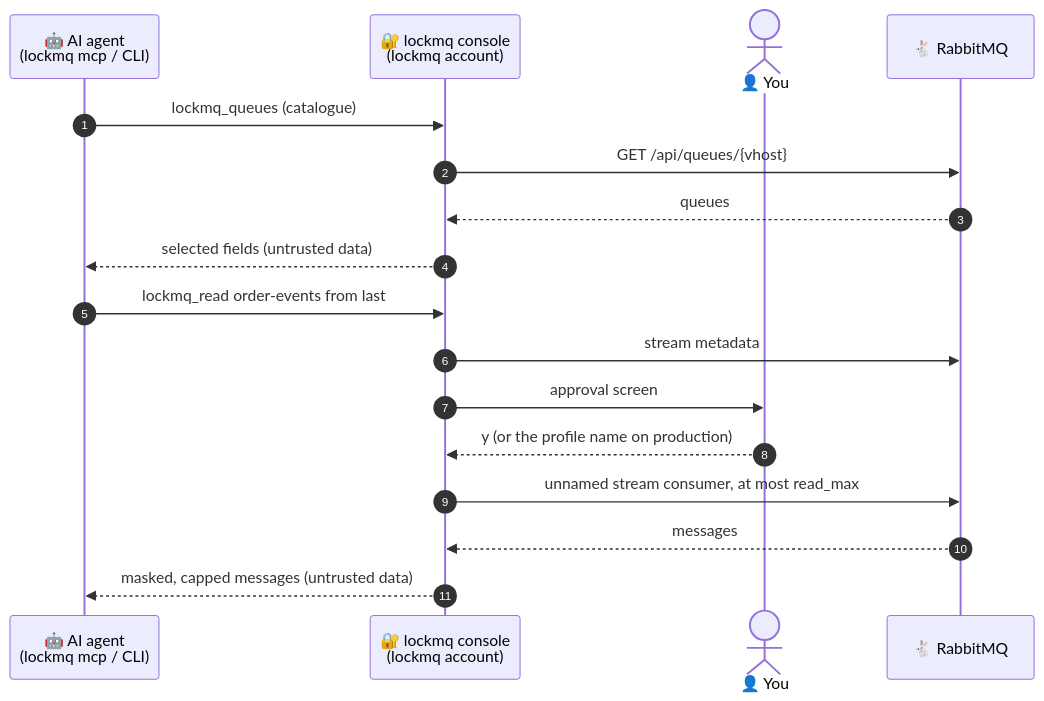
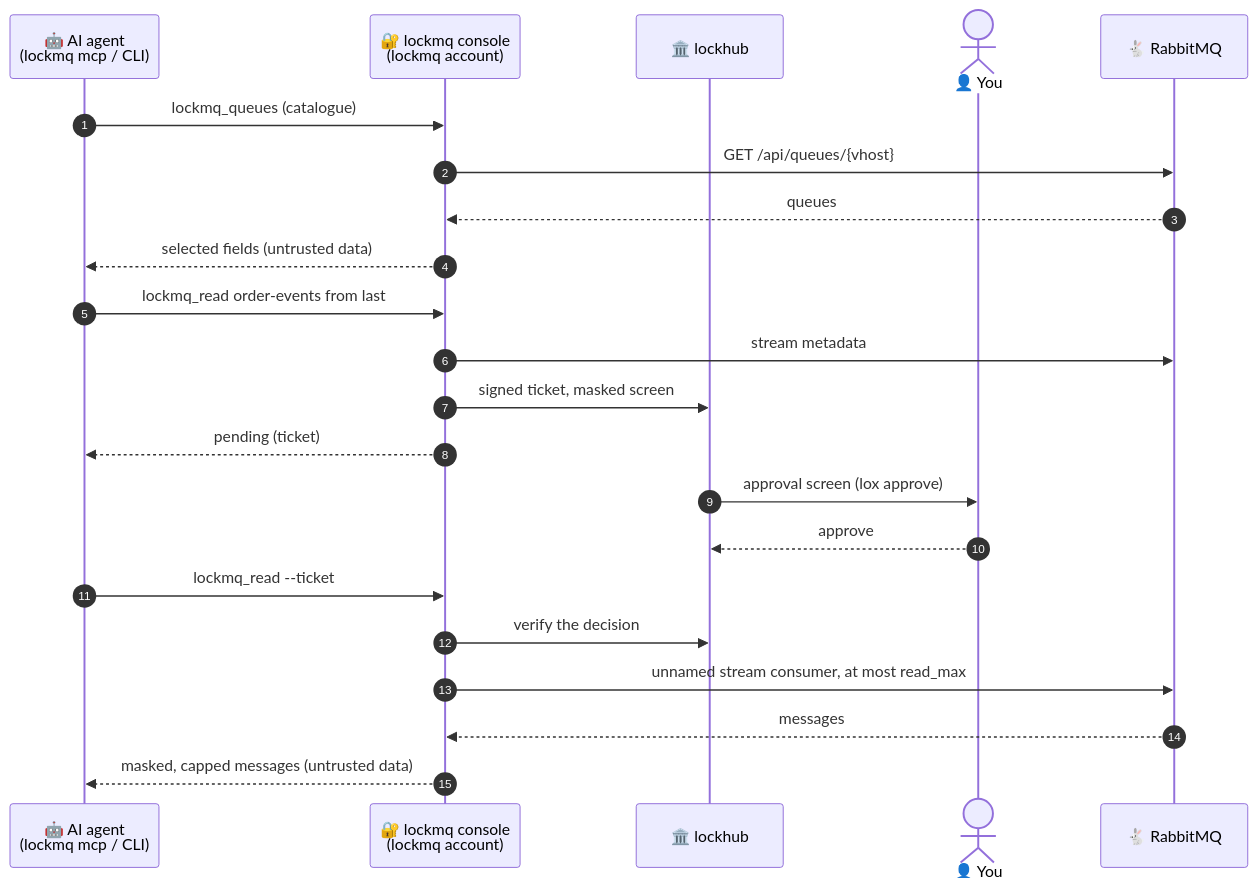
The diagram in README.md (DavidGodefroid/lockmq), drawn with Mermaid before and after one commit. The commit also changed other lines of this file and 20 other files, not shown here.

````diff
--- a/README.md
+++ b/README.md
@@ -182,19 +190,24 @@
 ```mermaid
 sequenceDiagram
     autonumber
     participant A as 🤖 AI agent<br/>(lockmq mcp / CLI)
     participant C as 🔐 lockmq console<br/>(lockmq account)
+    participant L as 🏛️ lockhub
     actor H as 👤 You
     participant B as 🐇 RabbitMQ
     A->>C: lockmq_queues (catalogue)
     C->>B: GET /api/queues/{vhost}
     B-->>C: queues
     C-->>A: selected fields (untrusted data)
     A->>C: lockmq_read order-events from last
     C->>B: stream metadata
-    C->>H: approval screen
-    H-->>C: y (or the profile name on production)
+    C->>L: signed ticket, masked screen
+    C-->>A: pending (ticket)
+    L->>H: approval screen (lox approve)
+    H-->>L: approve
+    A->>C: lockmq_read --ticket
+    C->>L: verify the decision
     C->>B: unnamed stream consumer, at most read_max
     B-->>C: messages
     C-->>A: masked, capped messages (untrusted data)
 ```
````
